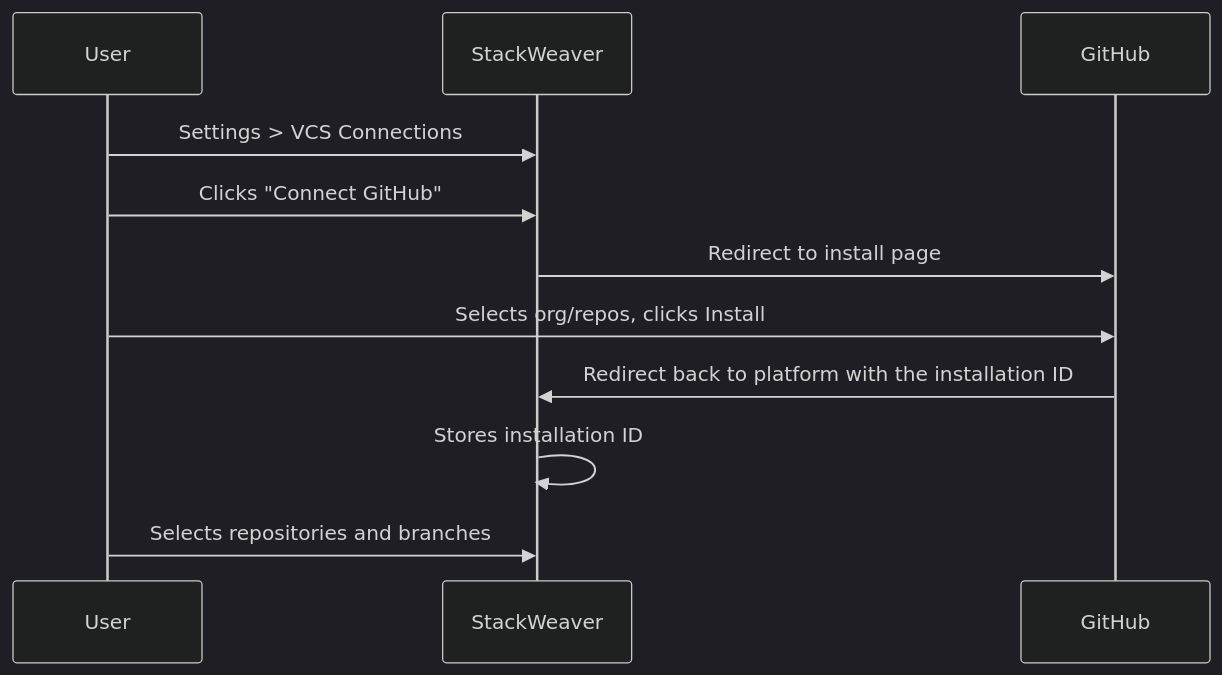
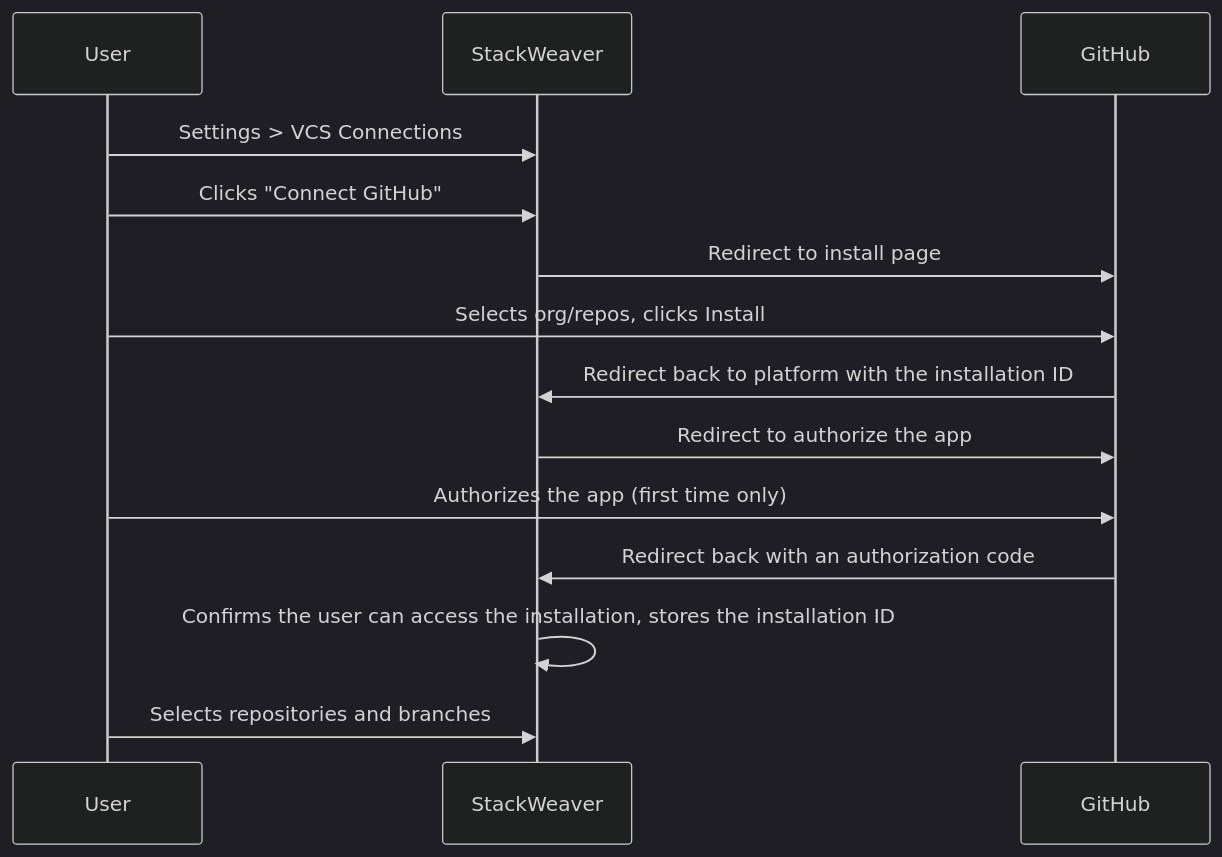
One commit to vhco-pro/stackweaver-frontend changed the second of 2 diagrams in docs/user-guides/vcs/github-app.md. Above: the diagram before and after it, drawn with Mermaid (dark theme). The commit also changed other lines of this file and 29 other files, not shown here.

````diff
--- a/docs/user-guides/vcs/github-app.md
+++ b/docs/user-guides/vcs/github-app.md
@@ -217,14 +233,17 @@
 ```mermaid
 sequenceDiagram
     participant User
     participant SW as StackWeaver
     participant GH as GitHub
 
     User->>SW: Settings > VCS Connections
     User->>SW: Clicks "Connect GitHub"
     SW->>GH: Redirect to install page
     User->>GH: Selects org/repos, clicks Install
     GH->>SW: Redirect back to platform with the installation ID
-    SW->>SW: Stores installation ID
+    SW->>GH: Redirect to authorize the app
+    User->>GH: Authorizes the app (first time only)
+    GH->>SW: Redirect back with an authorization code
+    SW->>SW: Confirms the user can access the installation, stores the installation ID
     User->>SW: Selects repositories and branches
 ```
````
